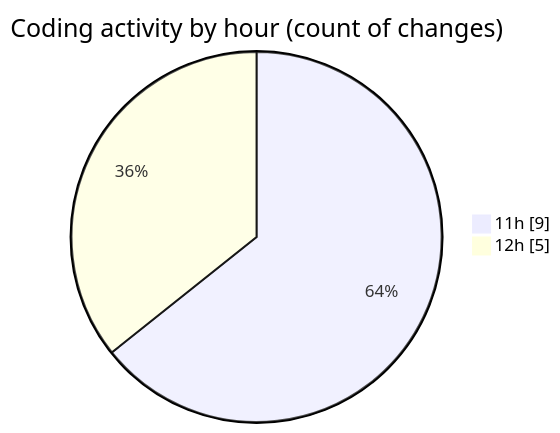
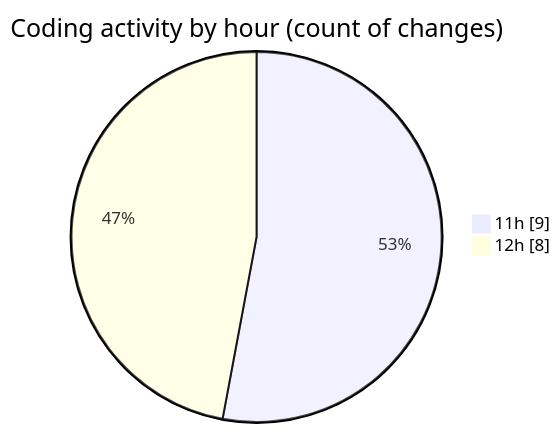
One commit to debugP/code-tracking changed the second of 2 diagrams in 2026-07-09/wp-content/README.md. Above: the diagram before and after it, drawn with Mermaid. The commit also changed other lines of this file and 1 other file, not shown here.

````diff
--- a/2026-07-09/wp-content/README.md
+++ b/2026-07-09/wp-content/README.md
@@ -32,6 +32,6 @@
 ```mermaid
 pie showData
 title Coding activity by hour (count of changes)
 "11h" : 9
-"12h" : 5
+"12h" : 8
 ```
````
